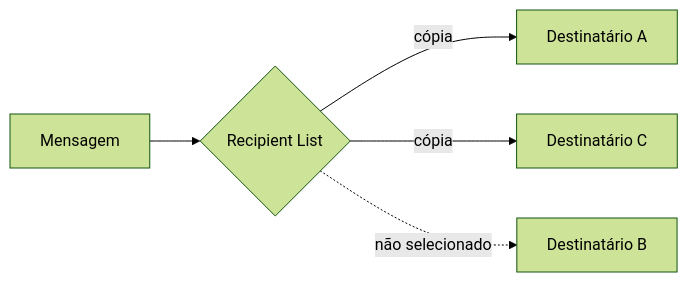
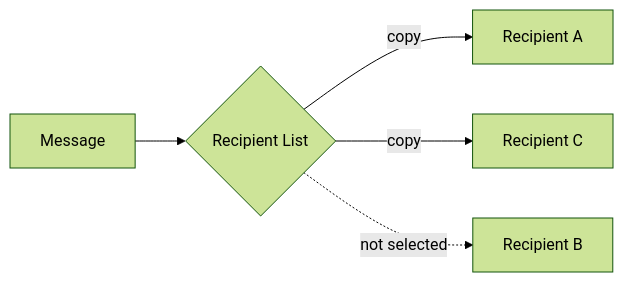
The diagram in docs/architecture/eip/message-routing/recipient-list.md (alancesar/design-patterns), drawn with Mermaid (forest theme) before and after one commit. The commit also changed 258 other files, not shown here.

First line of the commit message:
Translate Mermaid diagrams to English

````diff
--- a/docs/architecture/eip/message-routing/recipient-list.md
+++ b/docs/architecture/eip/message-routing/recipient-list.md
@@ -53,7 +53,7 @@
 ```mermaid
 flowchart LR
-    IN["Mensagem"] --> RL{"Recipient List"}
-    RL -->|"cópia"| A["Destinatário A"]
-    RL -->|"cópia"| C["Destinatário C"]
-    RL -.->|"não selecionado"| B["Destinatário B"]
+    IN["Message"] --> RL{"Recipient List"}
+    RL -->|"copy"| A["Recipient A"]
+    RL -->|"copy"| C["Recipient C"]
+    RL -.->|"not selected"| B["Recipient B"]
 ```
````
